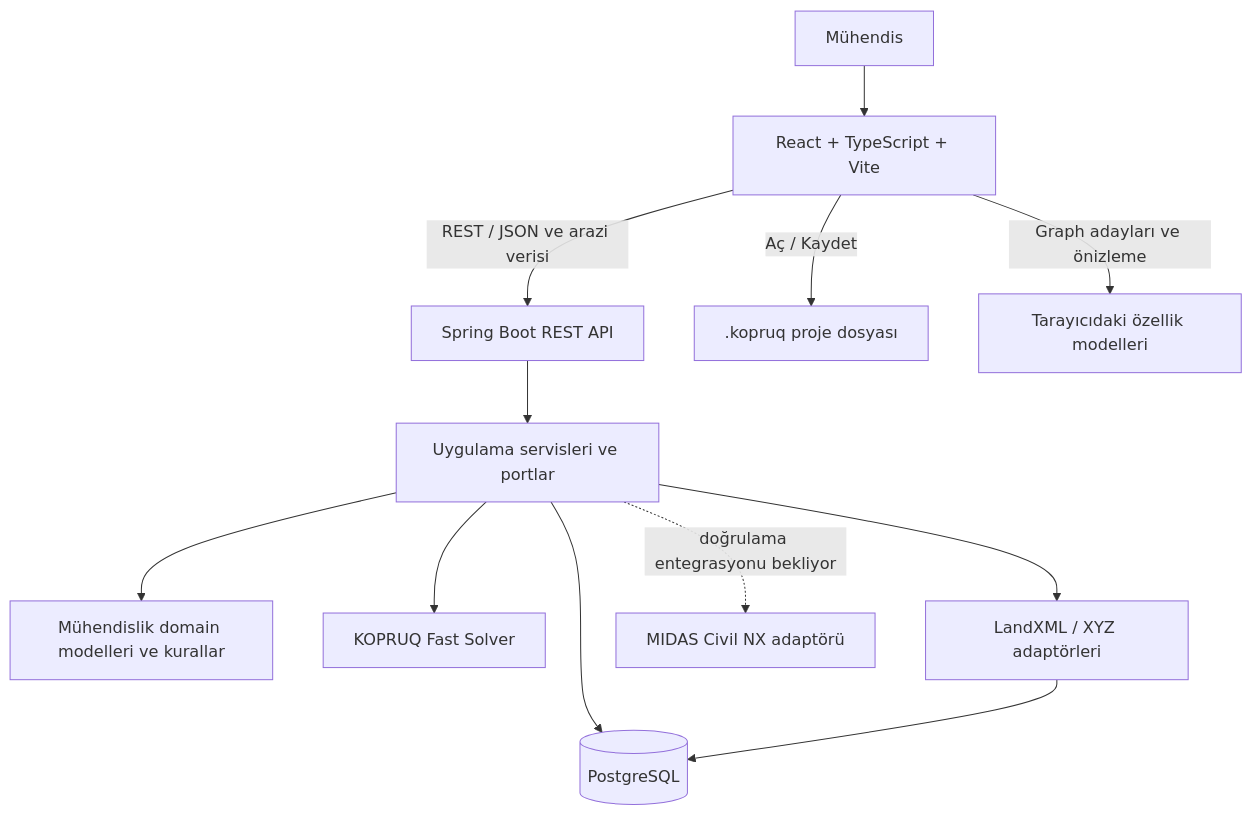
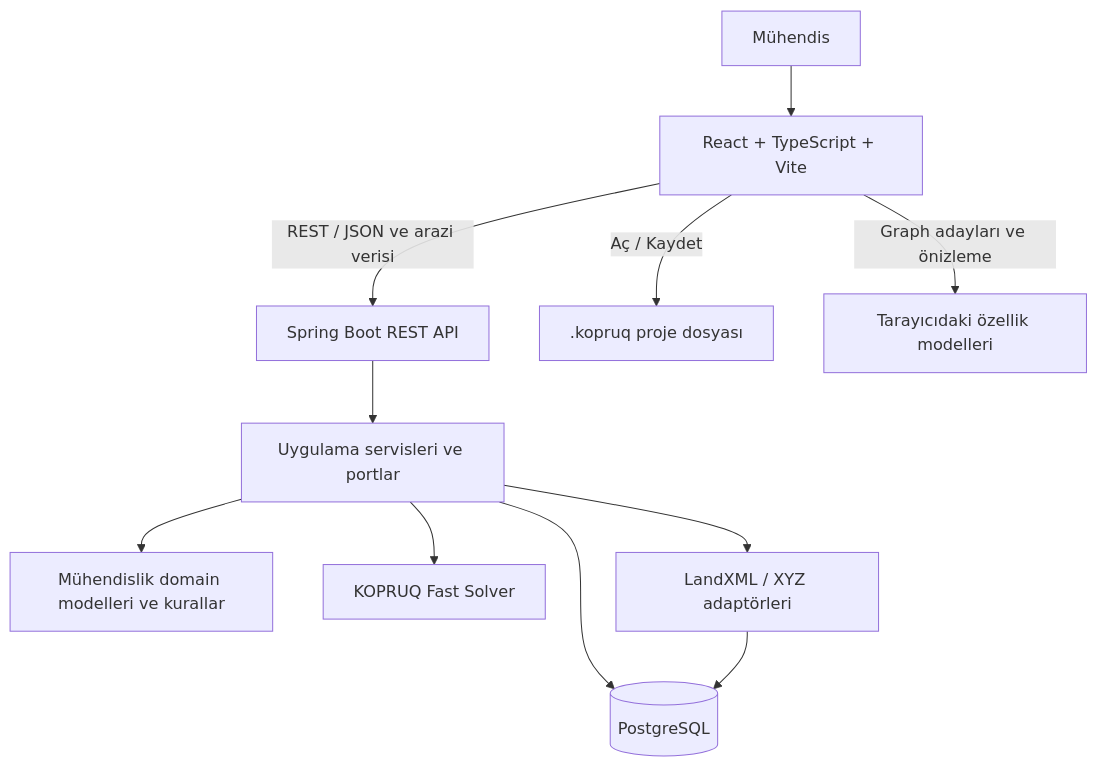
Before and after one commit to zharput/KOPRUQ: the second of 5 diagrams in README.md, drawn with Mermaid. The commit also changed other lines of this file and 50 other files, not shown here.

````diff
--- a/README.md
+++ b/README.md
@@ -55,14 +54,13 @@
 ```mermaid
 flowchart TB
     E[Mühendis] --> UI[React + TypeScript + Vite]
     UI -->|REST / JSON ve arazi verisi| API[Spring Boot REST API]
     UI -->|Aç / Kaydet| FILE[.kopruq proje dosyası]
     UI -->|Graph adayları ve önizleme| LOCAL[Tarayıcıdaki özellik modelleri]
     API --> APP[Uygulama servisleri ve portlar]
     APP --> DOMAIN[Mühendislik domain modelleri ve kurallar]
     APP --> SOLVER[KOPRUQ Fast Solver]
     APP --> IMPORT[LandXML / XYZ adaptörleri]
     APP --> DB[(PostgreSQL)]
     IMPORT --> DB
-    APP -. doğrulama entegrasyonu bekliyor .-> MIDAS[MIDAS Civil NX adaptörü]
 ```
````
